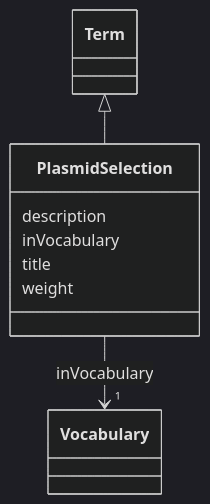
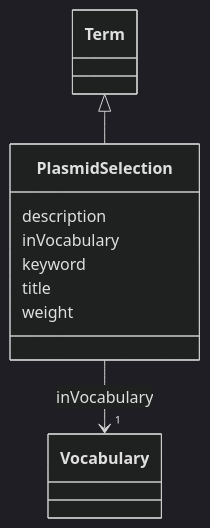
Before and after one commit to EVORA-project/evora-ontology: the diagram in models/docs/PlasmidSelection.md, drawn with Mermaid (dark theme). The commit also changed other lines of this file and 402 other files, not shown here.

````diff
--- a/models/docs/PlasmidSelection.md
+++ b/models/docs/PlasmidSelection.md
@@ -19,24 +19,26 @@
 ```mermaid
  classDiagram
     class PlasmidSelection
     click PlasmidSelection href "../PlasmidSelection"
       Term <|-- PlasmidSelection
         click Term href "../Term"
       
       PlasmidSelection : description
         
       PlasmidSelection : inVocabulary
         
           
     
     
     PlasmidSelection --> "1" Vocabulary : inVocabulary
     click Vocabulary href "../Vocabulary"
 
         
+      PlasmidSelection : keyword
+        
       PlasmidSelection : title
         
       PlasmidSelection : weight
         
       
 ```
````
